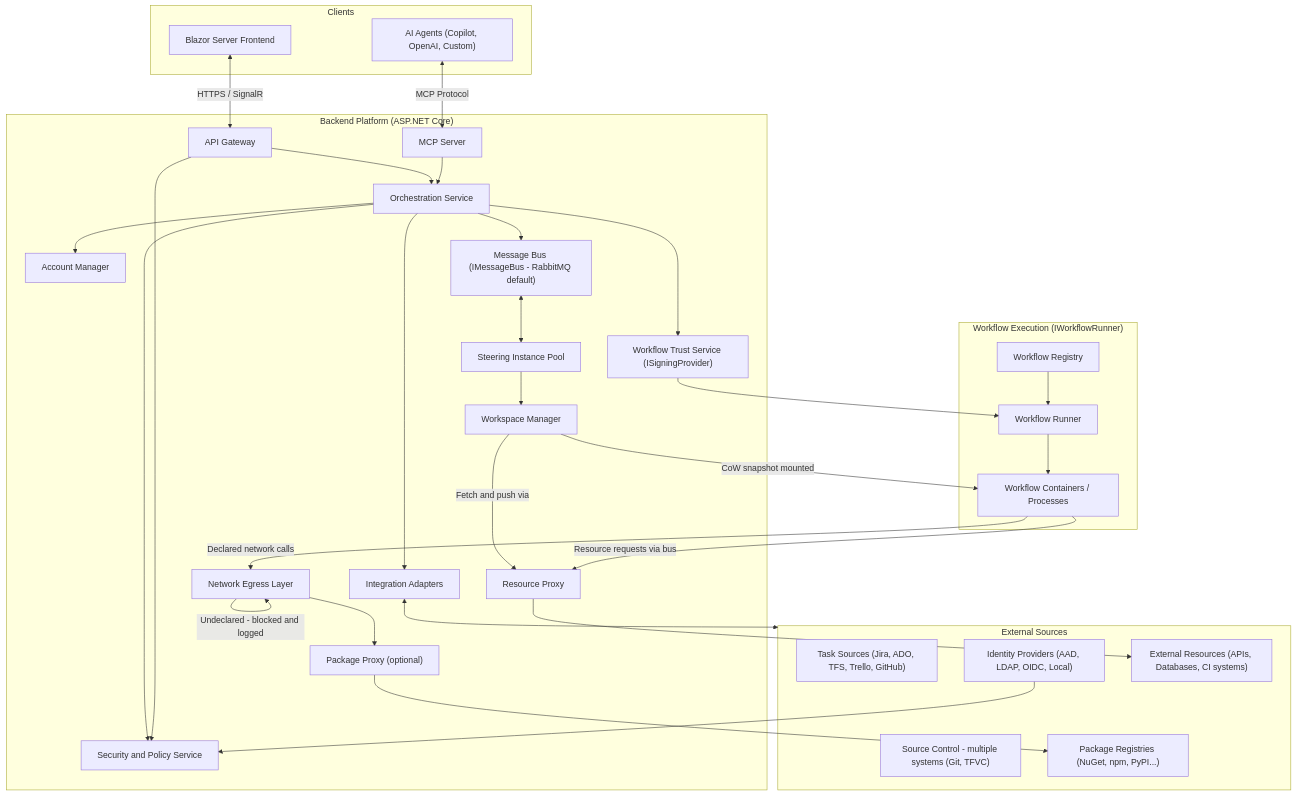
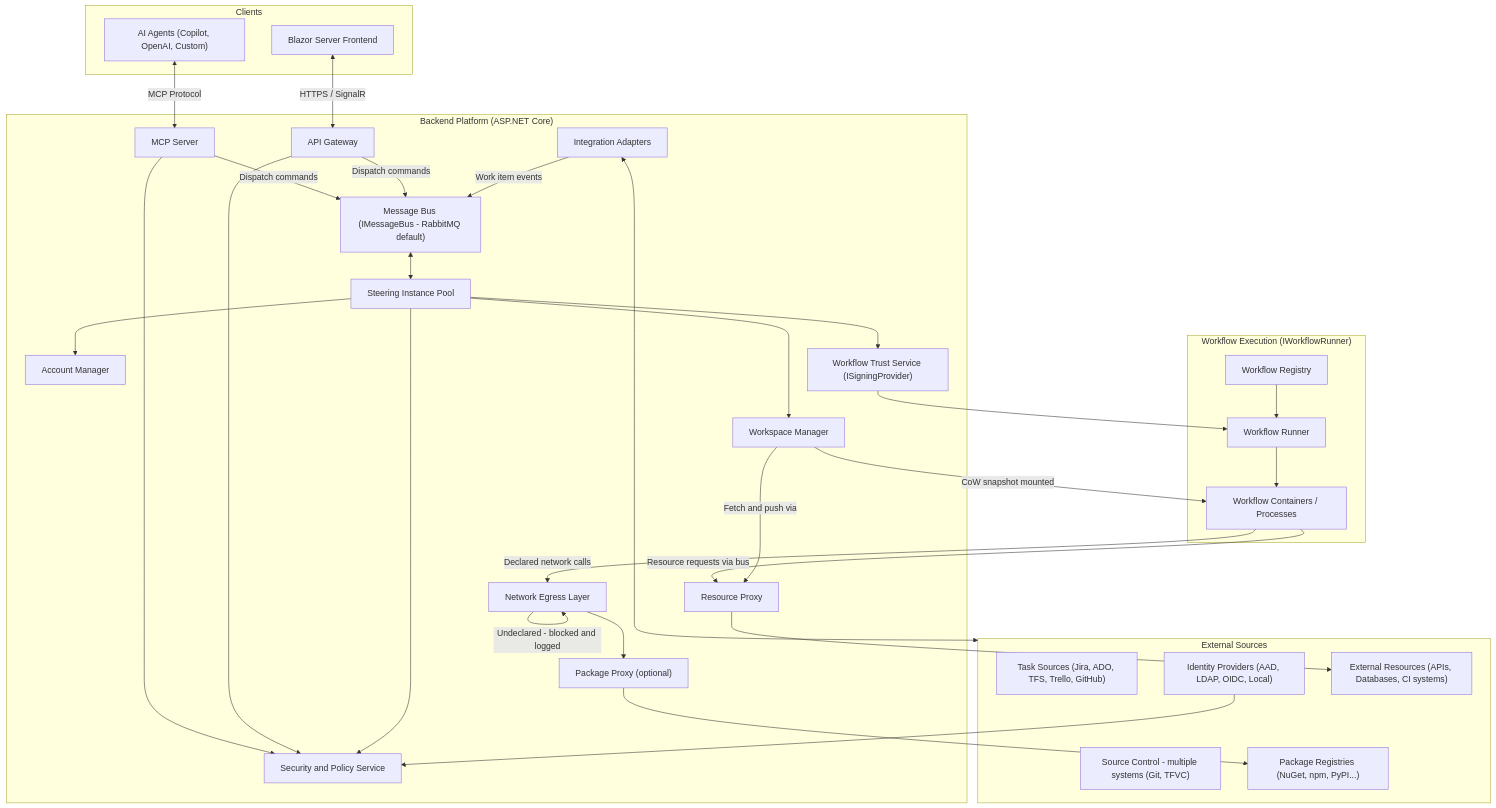
The first of 12 diagrams in ARCHITECTURE.md (FelixKlakow/Auxilia), drawn with Mermaid before and after one commit. The commit also changed other lines of this file and 5 other files, not shown here.

Commit message:
fix: Updated architectural documents

````diff
--- a/ARCHITECTURE.md
+++ b/ARCHITECTURE.md
@@ -59,59 +61,58 @@
 ```mermaid
 graph TB
     subgraph Sources["External Sources"]
         TASKS["Task Sources (Jira, ADO, TFS, Trello, GitHub)"]
         SC["Source Control - multiple systems (Git, TFVC)"]
         IDP["Identity Providers (AAD, LDAP, OIDC, Local)"]
         EXT["External Resources (APIs, Databases, CI systems)"]
         PKG_REG["Package Registries (NuGet, npm, PyPI...)"]
     end
     subgraph Clients["Clients"]
         UI["Blazor Server Frontend"]
         AI["AI Agents (Copilot, OpenAI, Custom)"]
     end
     subgraph Backend["Backend Platform (ASP.NET Core)"]
         GW["API Gateway"]
         MCP["MCP Server"]
-        ORCH["Orchestration Service"]
         SEC["Security and Policy Service"]
         ACCT["Account Manager"]
         SIGNING["Workflow Trust Service (ISigningProvider)"]
         ADAPTERS["Integration Adapters"]
         PROXY["Resource Proxy"]
         WM["Workspace Manager"]
         NET["Network Egress Layer"]
         PKG_PROXY["Package Proxy (optional)"]
         BUS["Message Bus (IMessageBus - RabbitMQ default)"]
         SI["Steering Instance Pool"]
     end
     subgraph Execution["Workflow Execution (IWorkflowRunner)"]
         WR["Workflow Runner"]
         REG["Workflow Registry"]
         WF["Workflow Containers / Processes"]
     end
     UI <-->|HTTPS / SignalR| GW
     AI <-->|MCP Protocol| MCP
-    MCP --> ORCH
-    GW --> ORCH
+    MCP --> SEC
     GW --> SEC
-    ORCH --> SEC
-    ORCH --> ACCT
-    ORCH --> SIGNING
-    ORCH --> ADAPTERS
-    ORCH --> BUS
+    MCP -->|Dispatch commands| BUS
+    GW -->|Dispatch commands| BUS
+    ADAPTERS -->|Work item events| BUS
     BUS <--> SI
+    SI --> SEC
+    SI --> ACCT
+    SI --> SIGNING
     SI --> WM
     WM -->|CoW snapshot mounted| WF
     WF -->|Resource requests via bus| PROXY
     WF -->|Declared network calls| NET
     NET --> PKG_PROXY
     NET -->|Undeclared - blocked and logged| NET
     PKG_PROXY --> PKG_REG
     PROXY --> EXT
     WM -->|Fetch and push via| PROXY
     SIGNING --> WR
     REG --> WR
     WR --> WF
     ADAPTERS <--> Sources
     IDP --> SEC
 ```
````
